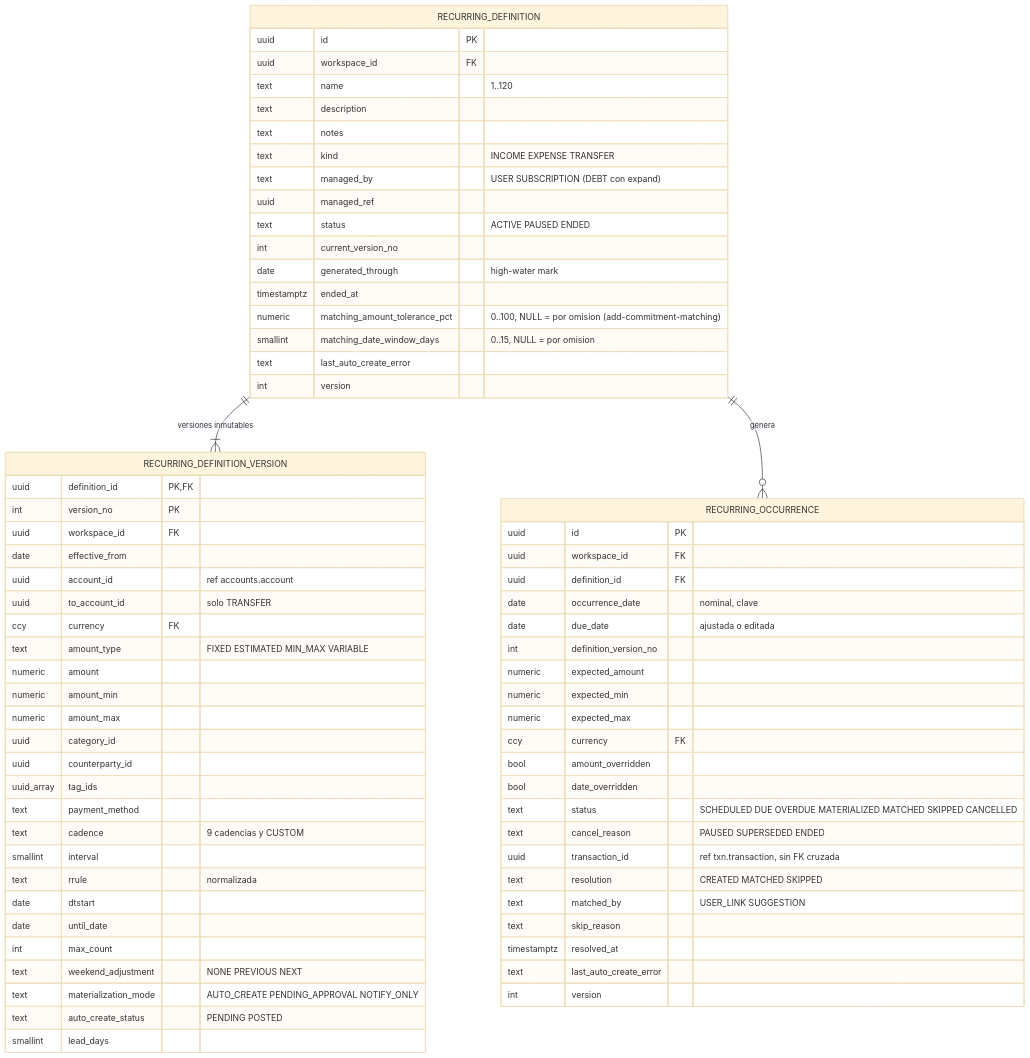
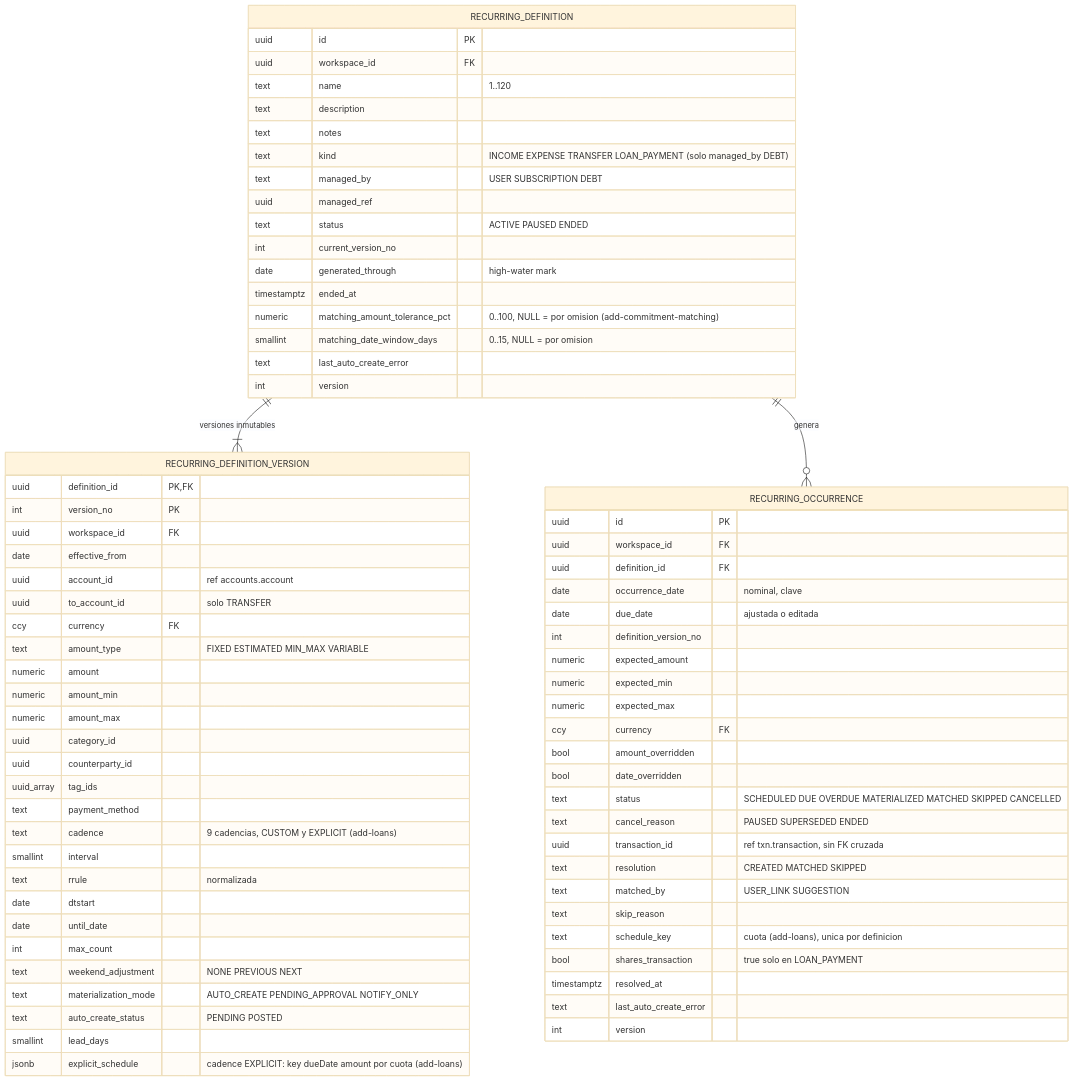
One commit to manuXD270516/personal-finances changed the ninth of 22 diagrams in docs/08-data-model.md. Above: the diagram before and after it, drawn with Mermaid (base theme). The commit also changed other lines of this file and 238 other files, not shown here.

First line of the commit message:
feat(debt): préstamos con cronograma French y comparación con el banco (add-loans) (#101)

````diff
--- a/docs/08-data-model.md
+++ b/docs/08-data-model.md
@@ -871,73 +873,76 @@
 ```mermaid
 erDiagram
   RECURRING_DEFINITION ||--|{ RECURRING_DEFINITION_VERSION : "versiones inmutables"
   RECURRING_DEFINITION ||--o{ RECURRING_OCCURRENCE : "genera"
   RECURRING_DEFINITION {
     uuid id PK
     uuid workspace_id FK
     text name "1..120"
     text description
     text notes
-    text kind "INCOME EXPENSE TRANSFER"
-    text managed_by "USER SUBSCRIPTION (DEBT con expand)"
+    text kind "INCOME EXPENSE TRANSFER LOAN_PAYMENT (solo managed_by DEBT)"
+    text managed_by "USER SUBSCRIPTION DEBT"
     uuid managed_ref
     text status "ACTIVE PAUSED ENDED"
     int current_version_no
     date generated_through "high-water mark"
     timestamptz ended_at
     numeric matching_amount_tolerance_pct "0..100, NULL = por omision (add-commitment-matching)"
     smallint matching_date_window_days "0..15, NULL = por omision"
     text last_auto_create_error
     int version
   }
   RECURRING_DEFINITION_VERSION {
     uuid definition_id PK, FK
     int version_no PK
     uuid workspace_id FK
     date effective_from
     uuid account_id "ref accounts.account"
     uuid to_account_id "solo TRANSFER"
     ccy currency FK
     text amount_type "FIXED ESTIMATED MIN_MAX VARIABLE"
     numeric amount
     numeric amount_min
     numeric amount_max
     uuid category_id
     uuid counterparty_id
     uuid_array tag_ids
     text payment_method
-    text cadence "9 cadencias y CUSTOM"
+    text cadence "9 cadencias, CUSTOM y EXPLICIT (add-loans)"
     smallint interval
     text rrule "normalizada"
     date dtstart
     date until_date
     int max_count
     text weekend_adjustment "NONE PREVIOUS NEXT"
     text materialization_mode "AUTO_CREATE PENDING_APPROVAL NOTIFY_ONLY"
     text auto_create_status "PENDING POSTED"
     smallint lead_days
+    jsonb explicit_schedule "cadence EXPLICIT: key dueDate amount por cuota (add-loans)"
   }
   RECURRING_OCCURRENCE {
     uuid id PK
     uuid workspace_id FK
     uuid definition_id FK
     date occurrence_date "nominal, clave"
     date due_date "ajustada o editada"
     int definition_version_no
     numeric expected_amount
     numeric expected_min
     numeric expected_max
     ccy currency FK
     bool amount_overridden
     bool date_overridden
     text status "SCHEDULED DUE OVERDUE MATERIALIZED MATCHED SKIPPED CANCELLED"
     text cancel_reason "PAUSED SUPERSEDED ENDED"
     uuid transaction_id "ref txn.transaction, sin FK cruzada"
     text resolution "CREATED MATCHED SKIPPED"
     text matched_by "USER_LINK SUGGESTION"
     text skip_reason
+    text schedule_key "cuota (add-loans), unica por definicion"
+    bool shares_transaction "true solo en LOAN_PAYMENT"
     timestamptz resolved_at
     text last_auto_create_error
     int version
   }
 ```
````
